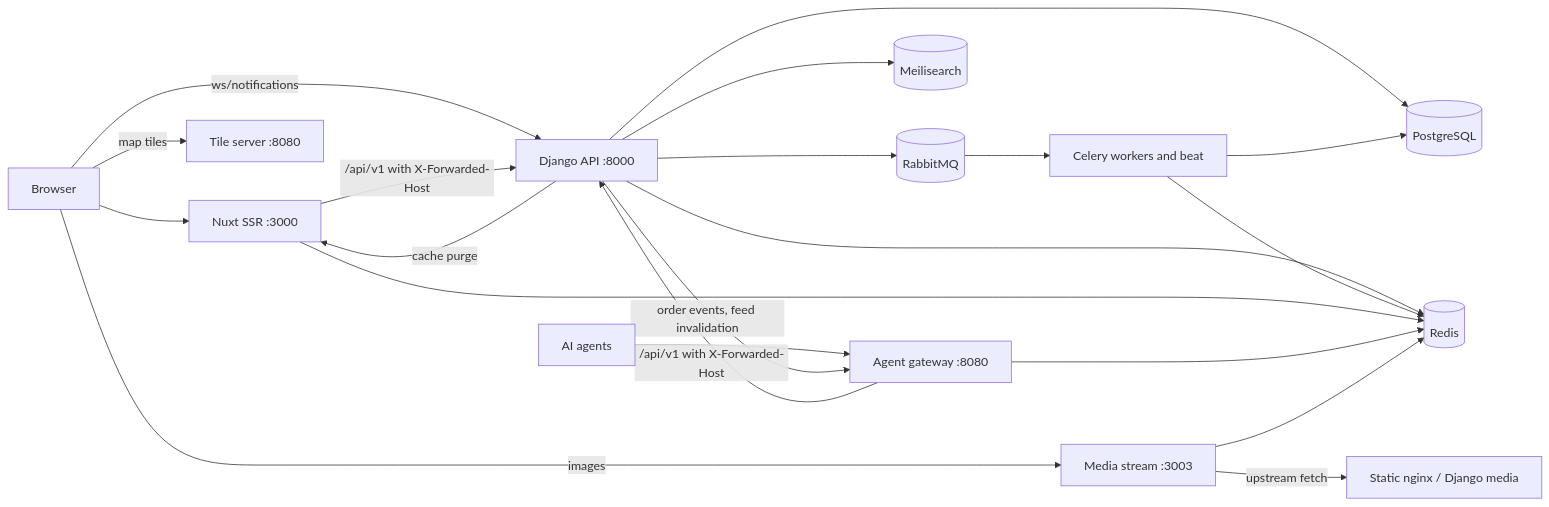
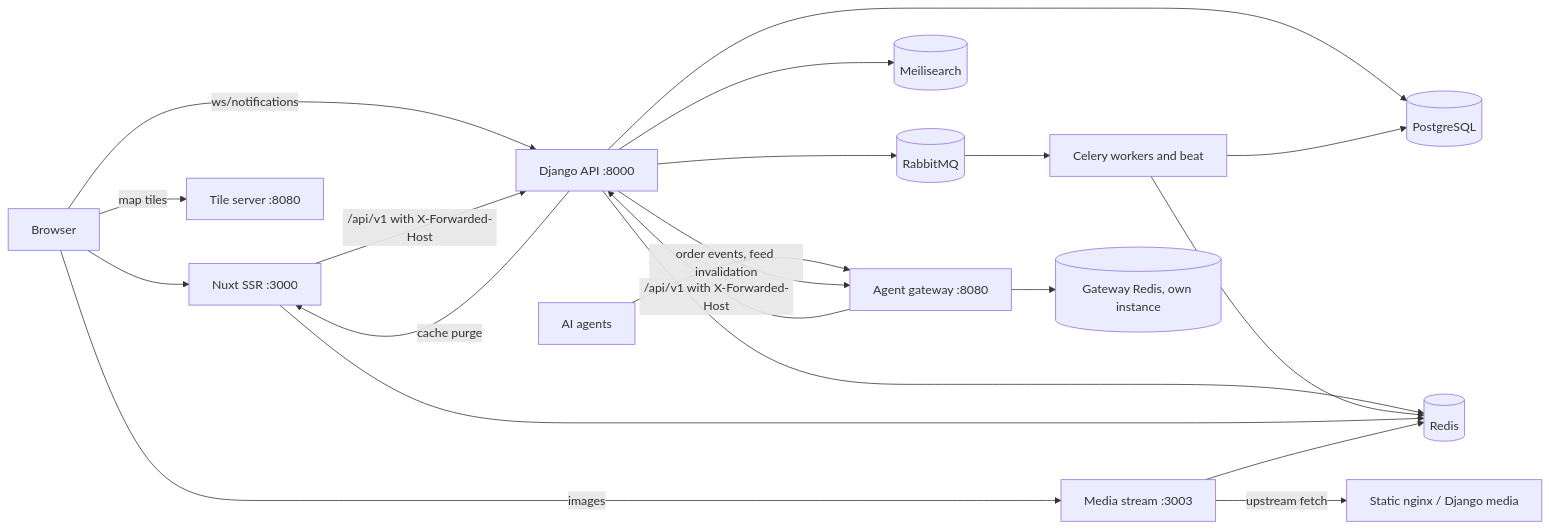
One commit to vasilistotskas/grooveshop-docs changed the first of 2 diagrams in src/dev/platform/architecture.md. Above: the diagram before and after it, drawn with Mermaid. The commit also changed other lines of this file and 8 other files, not shown here.

First line of the commit message:
docs(dev): the agent gateway through v1.45.0 (signed UCP calls, own Redis), and feed brands (#176)

````diff
--- a/src/dev/platform/architecture.md
+++ b/src/dev/platform/architecture.md
@@ -16,23 +16,23 @@
 ```mermaid
 flowchart LR
   Browser --> Nuxt["Nuxt SSR :3000"]
   Browser -- "images" --> Media["Media stream :3003"]
   Browser -- "map tiles" --> Maps["Tile server :8080"]
   Browser -- "ws/notifications" --> Django
   Agents["AI agents"] --> Gateway["Agent gateway :8080"]
   Nuxt -- "/api/v1 with X-Forwarded-Host" --> Django["Django API :8000"]
   Gateway -- "/api/v1 with X-Forwarded-Host" --> Django
   Django --> PG[(PostgreSQL)]
   Django --> Redis[(Redis)]
   Django --> Meili[(Meilisearch)]
   Django --> MQ[(RabbitMQ)]
   MQ --> Celery["Celery workers and beat"]
   Celery --> PG
   Celery --> Redis
   Media -- "upstream fetch" --> Static["Static nginx / Django media"]
   Nuxt --> Redis
-  Gateway --> Redis
+  Gateway --> GatewayRedis[("Gateway Redis, own instance")]
   Media --> Redis
   Django -- "order events, feed invalidation" --> Gateway
   Django -- "cache purge" --> Nuxt
 ```
````
